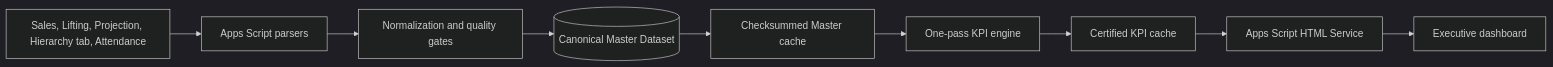
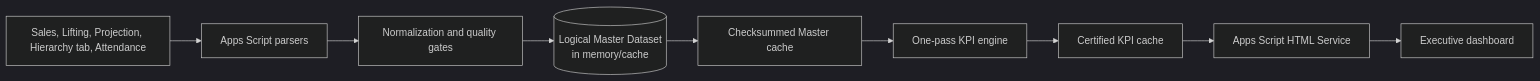
Before and after one commit to itsmebillah/Sales-Dashboard: the diagram in README.md, drawn with Mermaid (dark theme). The commit also changed other lines of this file and 12 other files, not shown here.

Commit message:
fix: bound physical master dataset

````diff
--- a/README.md
+++ b/README.md
@@ -50,11 +50,11 @@
 ```mermaid
 flowchart LR
     Sources[Sales, Lifting, Projection, Hierarchy tab, Attendance] --> Parsers[Apps Script parsers]
     Parsers --> Quality[Normalization and quality gates]
-    Quality --> Master[(Canonical Master Dataset)]
+    Quality --> Master[(Logical Master Dataset<br/>in memory/cache)]
     Master --> MasterCache[Checksummed Master cache]
     MasterCache --> KPI[One-pass KPI engine]
     KPI --> KpiCache[Certified KPI cache]
     KpiCache --> HTML[Apps Script HTML Service]
     HTML --> Dashboard[Executive dashboard]
 ```
````
